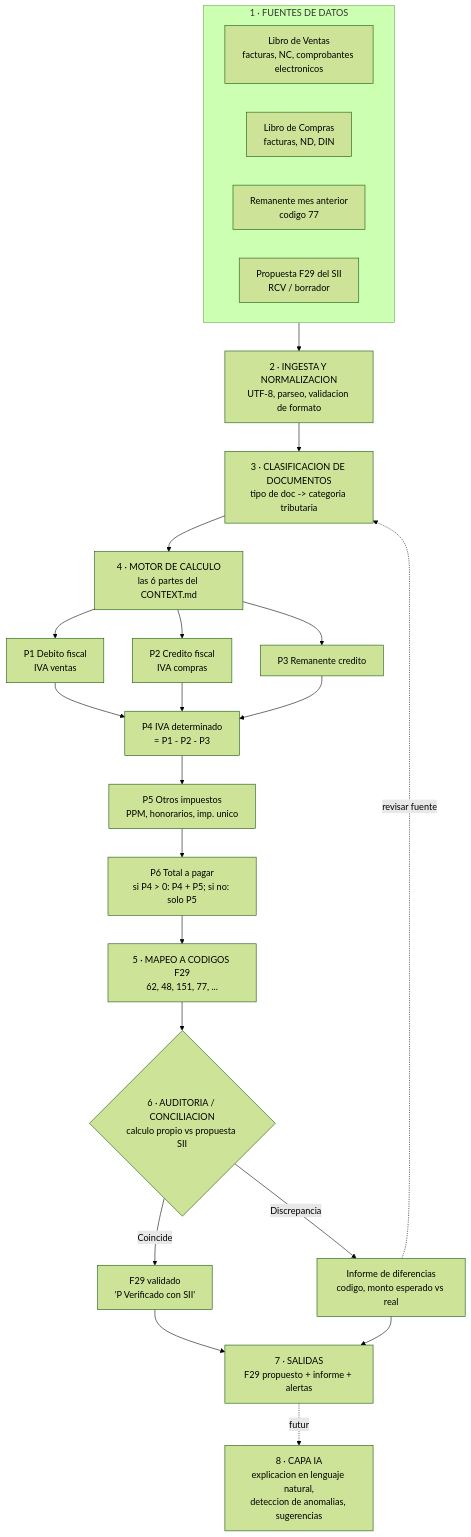
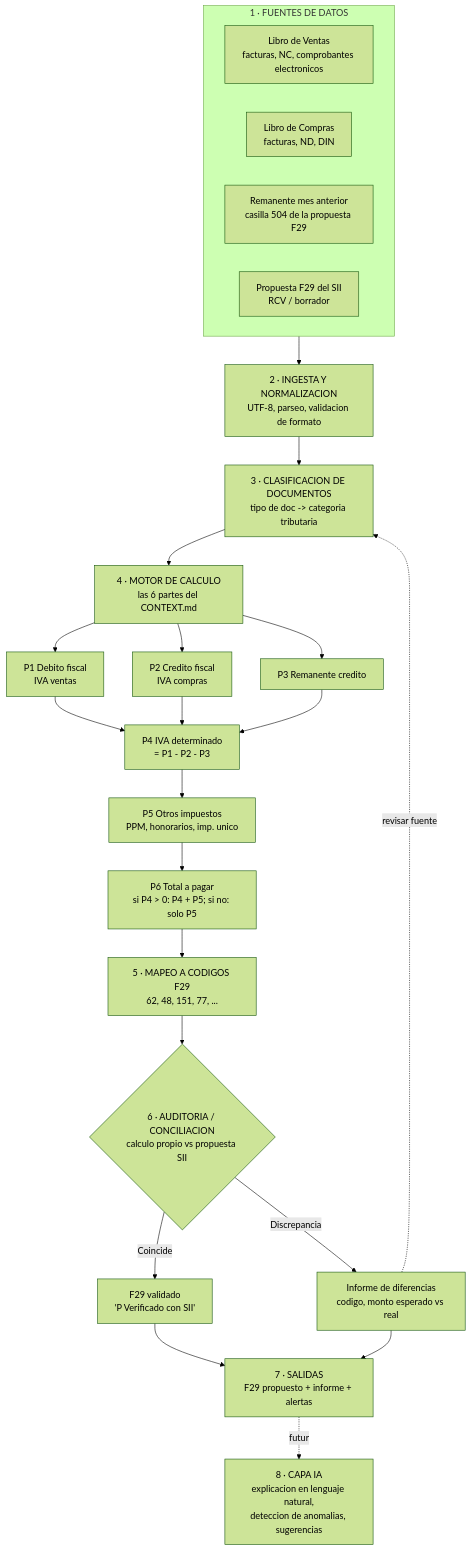
One commit to devInversoraGCP/GCP-automatizacion- changed the diagram in docs/ARQUITECTURA.md. Above: the diagram before and after it, drawn with Mermaid (forest theme). The commit also changed other lines of this file and 59 other files, not shown here.

````diff
--- a/docs/ARQUITECTURA.md
+++ b/docs/ARQUITECTURA.md
@@ -12,33 +12,33 @@
 ```mermaid
 flowchart TD
     subgraph FUENTES["1 · FUENTES DE DATOS"]
         A1["Libro de Ventas<br/>facturas, NC, comprobantes electronicos"]
         A2["Libro de Compras<br/>facturas, ND, DIN"]
-        A3["Remanente mes anterior<br/>codigo 77"]
+        A3["Remanente mes anterior<br/>casilla 504 de la propuesta F29"]
         A4["Propuesta F29 del SII<br/>RCV / borrador"]
     end
 
     FUENTES --> B["2 · INGESTA Y NORMALIZACION<br/>UTF-8, parseo, validacion de formato"]
     B --> C["3 · CLASIFICACION DE DOCUMENTOS<br/>tipo de doc -> categoria tributaria"]
     C --> D["4 · MOTOR DE CALCULO<br/>las 6 partes del CONTEXT.md"]
 
     D --> D1["P1 Debito fiscal<br/>IVA ventas"]
     D --> D2["P2 Credito fiscal<br/>IVA compras"]
     D --> D3["P3 Remanente credito"]
     D1 --> D4
     D2 --> D4
     D3 --> D4["P4 IVA determinado<br/>= P1 - P2 - P3"]
     D4 --> D5["P5 Otros impuestos<br/>PPM, honorarios, imp. unico"]
     D5 --> D6["P6 Total a pagar<br/>si P4 &gt; 0: P4 + P5; si no: solo P5"]
 
     D6 --> E["5 · MAPEO A CODIGOS F29<br/>62, 48, 151, 77, ..."]
     E --> F{"6 · AUDITORIA / CONCILIACION<br/>calculo propio vs propuesta SII"}
     F -->|Coincide| G["F29 validado<br/>'P Verificado con SII'"]
     F -->|Discrepancia| H["Informe de diferencias<br/>codigo, monto esperado vs real"]
     H -.revisar fuente.-> C
 
     G --> I["7 · SALIDAS<br/>F29 propuesto + informe + alertas"]
     H --> I
 
     I -.futuro.-> J["8 · CAPA IA<br/>explicacion en lenguaje natural,<br/>deteccion de anomalias, sugerencias"]
 ```
````
